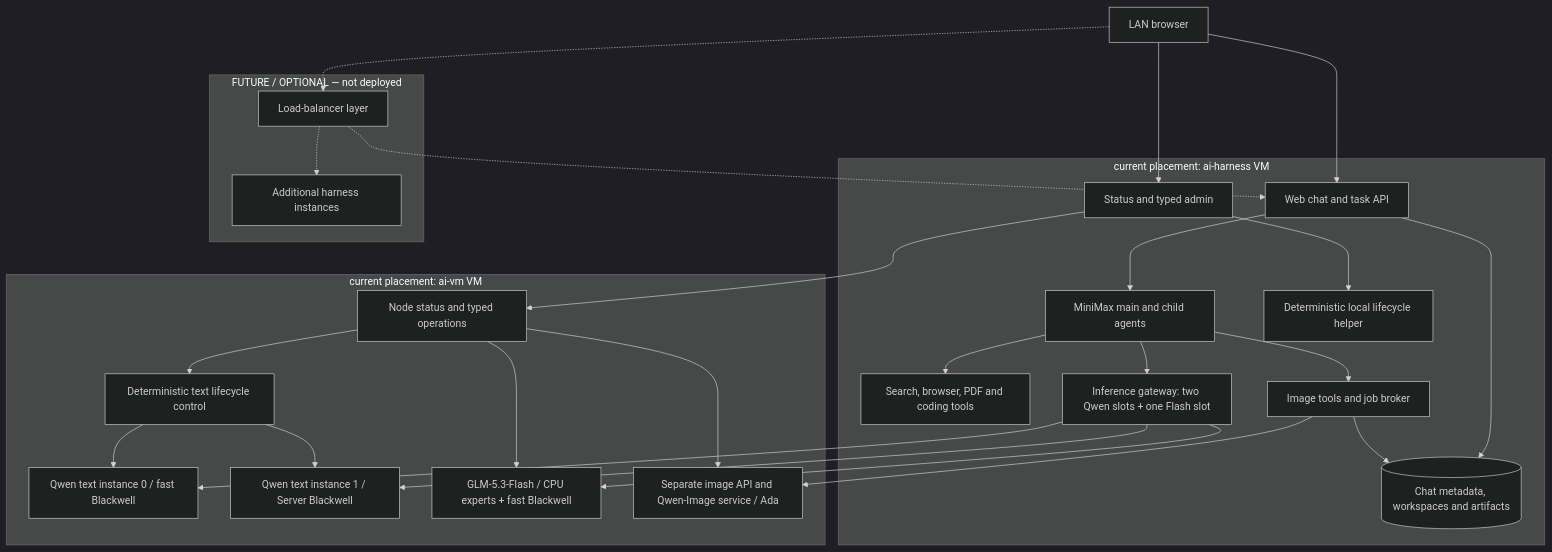
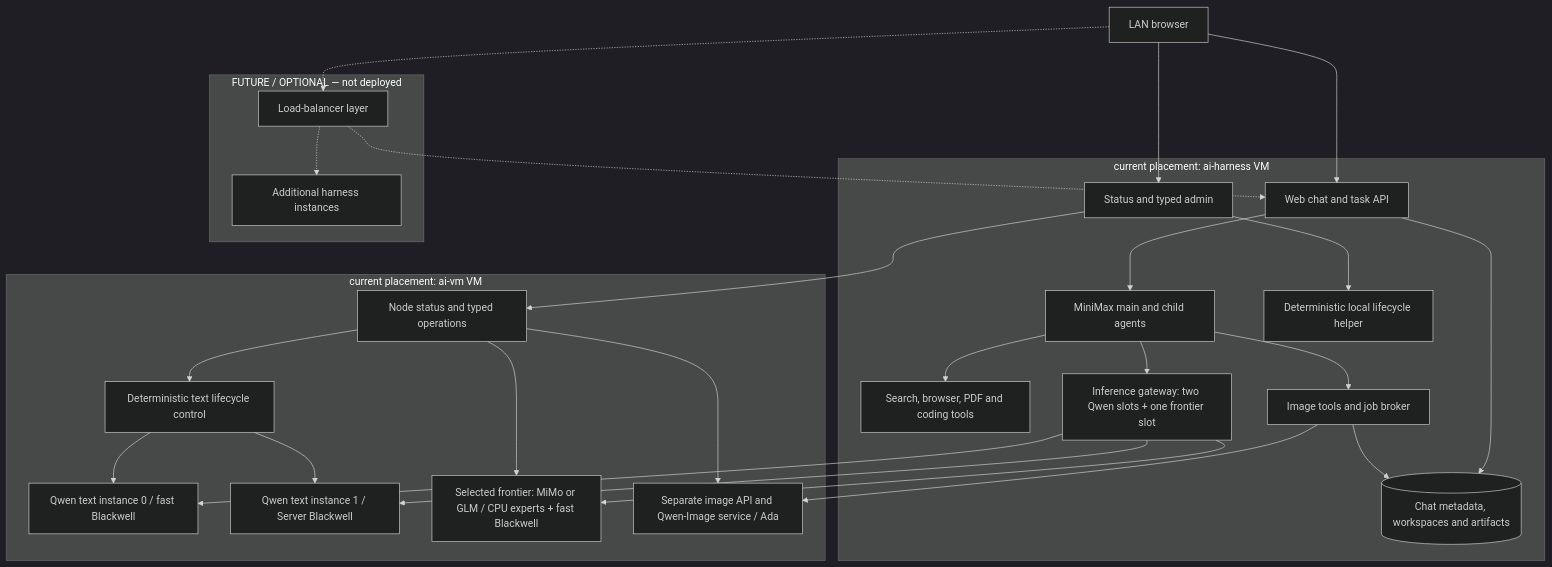
Before and after one commit to djeZo888/mixed-memory-llm-api-server: the diagram in README.md, drawn with Mermaid (dark theme). The commit also changed other lines of this file and 1 other file, not shown here.

````diff
--- a/README.md
+++ b/README.md
@@ -26,48 +26,48 @@
 ```mermaid
 flowchart TB
     User["LAN browser"]
     subgraph H["current placement: ai-harness VM"]
         Web["Web chat and task API"]
         Agent["MiniMax main and child agents"]
         Tools["Search, browser, PDF and coding tools"]
-        Gateway["Inference gateway: two Qwen slots + one Flash slot"]
+        Gateway["Inference gateway: two Qwen slots + one frontier slot"]
         ImageJobs["Image tools and job broker"]
         Data[("Chat metadata, workspaces and artifacts")]
         Status["Status and typed admin"]
         Helper["Deterministic local lifecycle helper"]
     end
     subgraph M["current placement: ai-vm VM"]
         Node["Node status and typed operations"]
         Control["Deterministic text lifecycle control"]
         Q0["Qwen text instance 0 / fast Blackwell"]
         Q1["Qwen text instance 1 / Server Blackwell"]
-        Flash["GLM-5.3-Flash / CPU experts + fast Blackwell"]
+        Frontier["Selected frontier: MiMo or GLM / CPU experts + fast Blackwell"]
         Image["Separate image API and Qwen-Image service / Ada"]
     end
     subgraph Future["FUTURE / OPTIONAL — not deployed"]
         LB["Load-balancer layer"]
         Replicas["Additional harness instances"]
     end
     User --> Web
     User --> Status
     Web --> Agent
     Web --> Data
     Agent --> Tools
     Agent --> Gateway
     Agent --> ImageJobs
     ImageJobs --> Data
     Gateway --> Q0
     Gateway --> Q1
-    Gateway --> Flash
+    Gateway --> Frontier
     ImageJobs --> Image
     Status --> Node
     Status --> Helper
     Node --> Control
     Node --> Image
-    Node --> Flash
+    Node --> Frontier
     Control --> Q0
     Control --> Q1
     User -.-> LB
     LB -.-> Web
     LB -.-> Replicas
 ```
````
